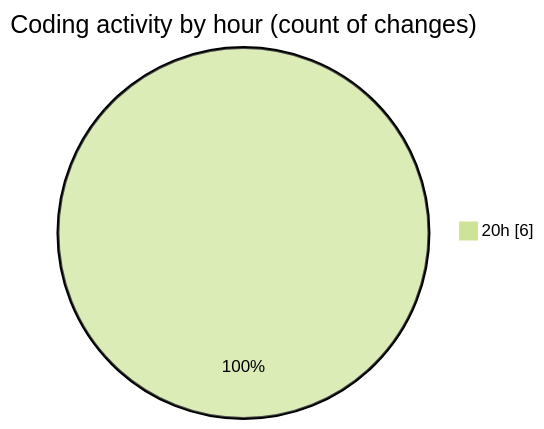
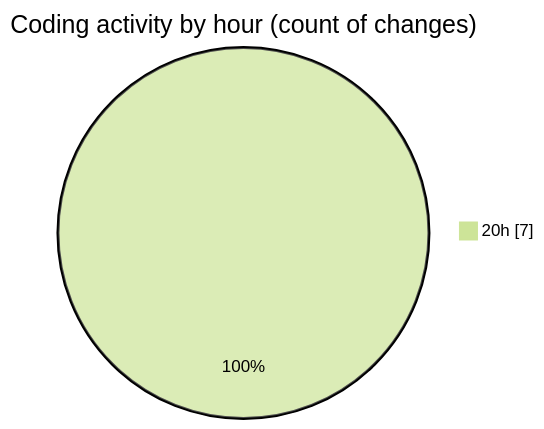
Before and after one commit to Netris89/code-tracking: the second of 2 diagrams in 2025-03-13/front-end/README.md, drawn with Mermaid (forest theme). The commit also changed other lines of this file and 1 other file, not shown here.

````diff
--- a/2025-03-13/front-end/README.md
+++ b/2025-03-13/front-end/README.md
@@ -30,5 +32,5 @@
 ```mermaid
 pie showData
 title Coding activity by hour (count of changes)
-"20h" : 6
+"20h" : 7
 ```
````
